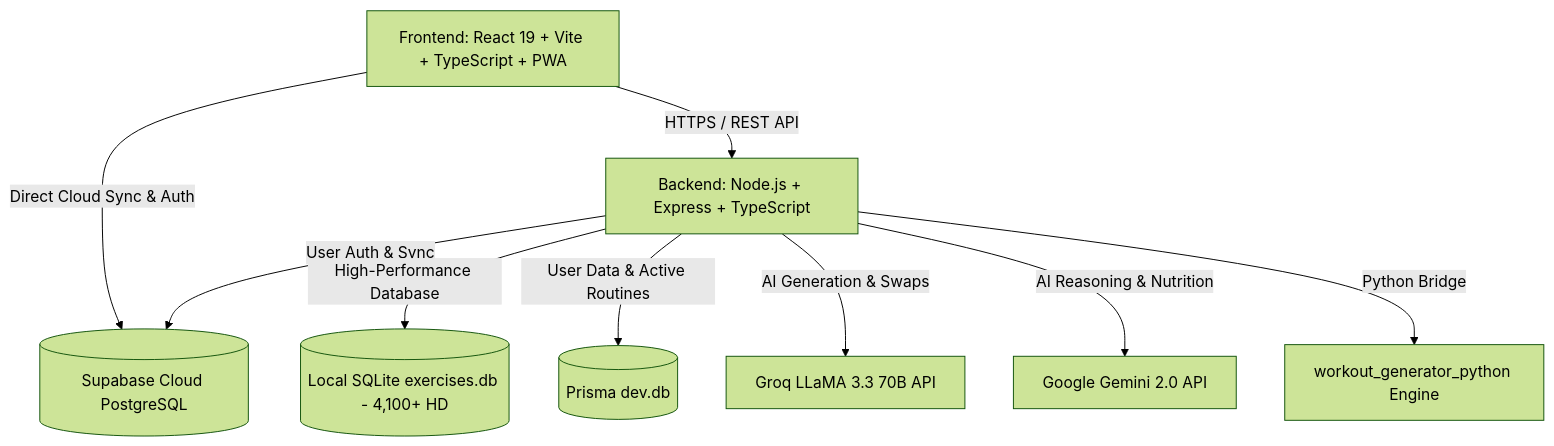
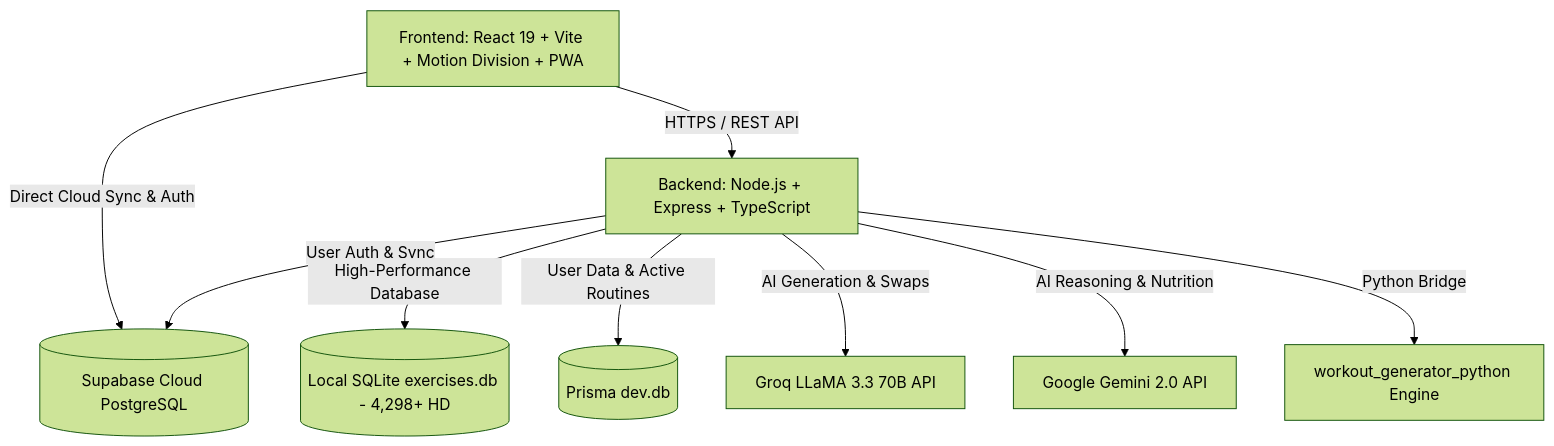
One commit to Mak241288/New-Beast-Mode changed the diagram in README.md. Above: the diagram before and after it, drawn with Mermaid (forest theme). The commit also changed other lines of this file and 1 other file, not shown here.

Commit message:
docs(readme): update comprehensive documentation with UI/UX Pro Max and Motion Division engine; feat(landing): enhance bilingual Hero Section

````diff
--- a/README.md
+++ b/README.md
@@ -90,11 +92,11 @@
 ```mermaid
 graph TD
-    A[Frontend: React 19 + Vite + TypeScript + PWA] -->|HTTPS / REST API| B[Backend: Node.js + Express + TypeScript]
+    A[Frontend: React 19 + Vite + Motion Division + PWA] -->|HTTPS / REST API| B[Backend: Node.js + Express + TypeScript]
     A -->|Direct Cloud Sync & Auth| C[(Supabase Cloud PostgreSQL)]
     B -->|User Auth & Sync| C
-    B -->|High-Performance Database| D[(Local SQLite exercises.db - 4,100+ HD)]
+    B -->|High-Performance Database| D[(Local SQLite exercises.db - 4,298+ HD)]
     B -->|User Data & Active Routines| E[(Prisma dev.db)]
     B -->|AI Generation & Swaps| F[Groq LLaMA 3.3 70B API]
     B -->|AI Reasoning & Nutrition| G[Google Gemini 2.0 API]
     B -->|Python Bridge| H[workout_generator_python Engine]
 ```
````
